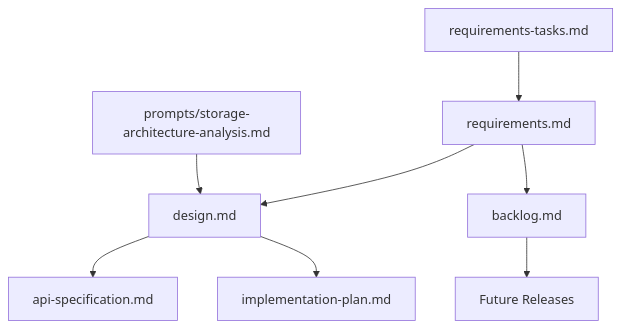
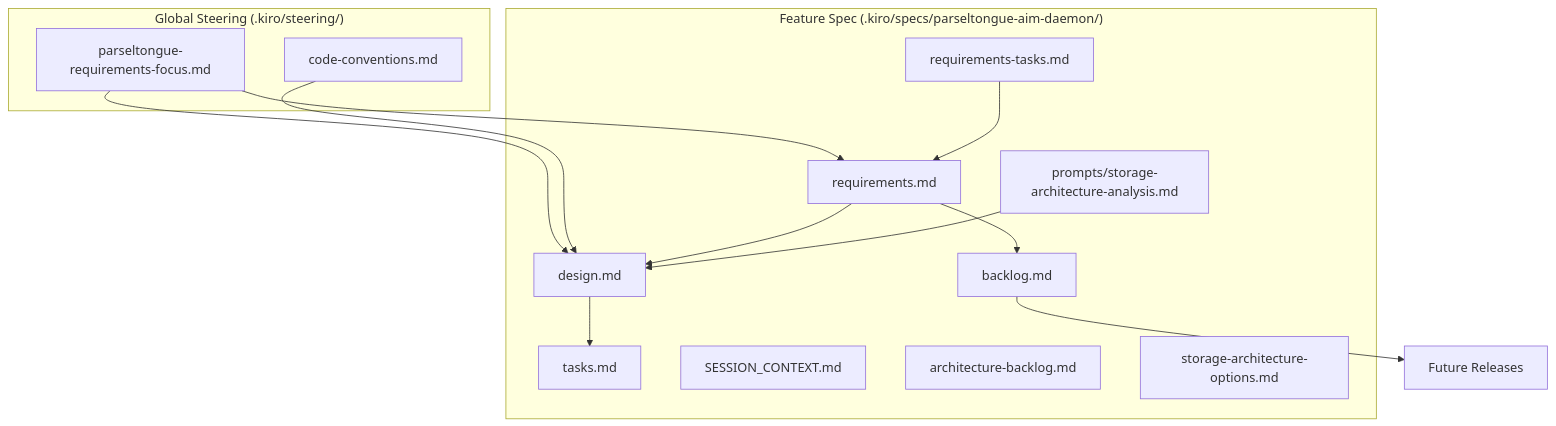
Before and after one commit to that-in-rust/parseltongue: the diagram in .kiro/specs/parseltongue-aim-daemon/README.md, drawn with Mermaid. The commit also changed other lines of this file and 5 other files, not shown here.

````diff
--- a/.kiro/specs/parseltongue-aim-daemon/README.md
+++ b/.kiro/specs/parseltongue-aim-daemon/README.md
@@ -35,10 +30,29 @@
 ```mermaid
 graph TD
-    A[requirements.md] --> B[design.md]
-    A --> C[backlog.md]
-    B --> D[api-specification.md]
-    B --> E[implementation-plan.md]
-    F[requirements-tasks.md] --> A
-    G[prompts/storage-architecture-analysis.md] --> B
-    C --> H[Future Releases]
+    subgraph "Global Steering (.kiro/steering/)"
+        A[parseltongue-requirements-focus.md]
+        B[code-conventions.md]
+    end
+    
+    subgraph "Feature Spec (.kiro/specs/parseltongue-aim-daemon/)"
+        C[requirements.md]
+        D[design.md]
+        E[tasks.md]
+        F[backlog.md]
+        G[SESSION_CONTEXT.md]
+        H[requirements-tasks.md]
+        I[architecture-backlog.md]
+        J[storage-architecture-options.md]
+        K[prompts/storage-architecture-analysis.md]
+    end
+    
+    A --> C
+    A --> D
+    B --> D
+    C --> D
+    D --> E
+    C --> F
+    H --> C
+    K --> D
+    F --> L[Future Releases]
 ```
````
